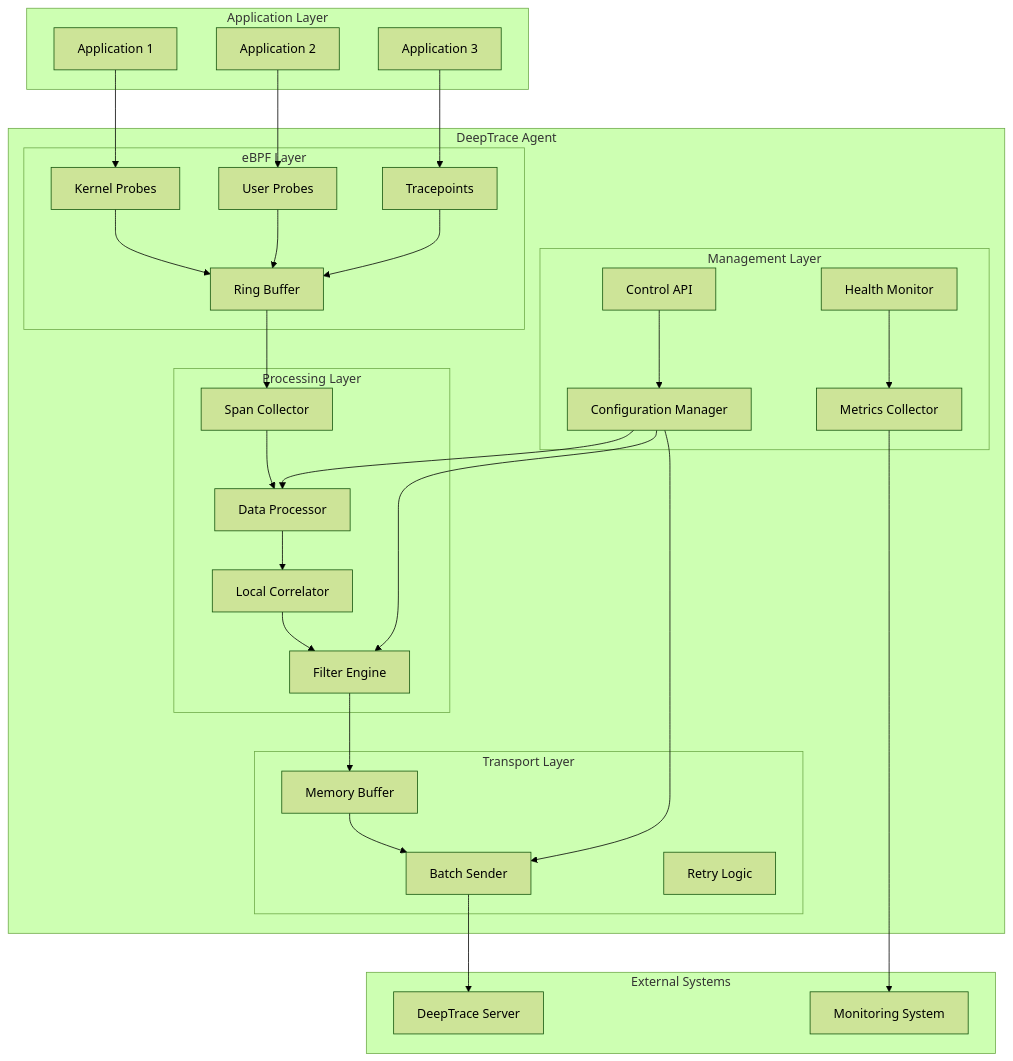
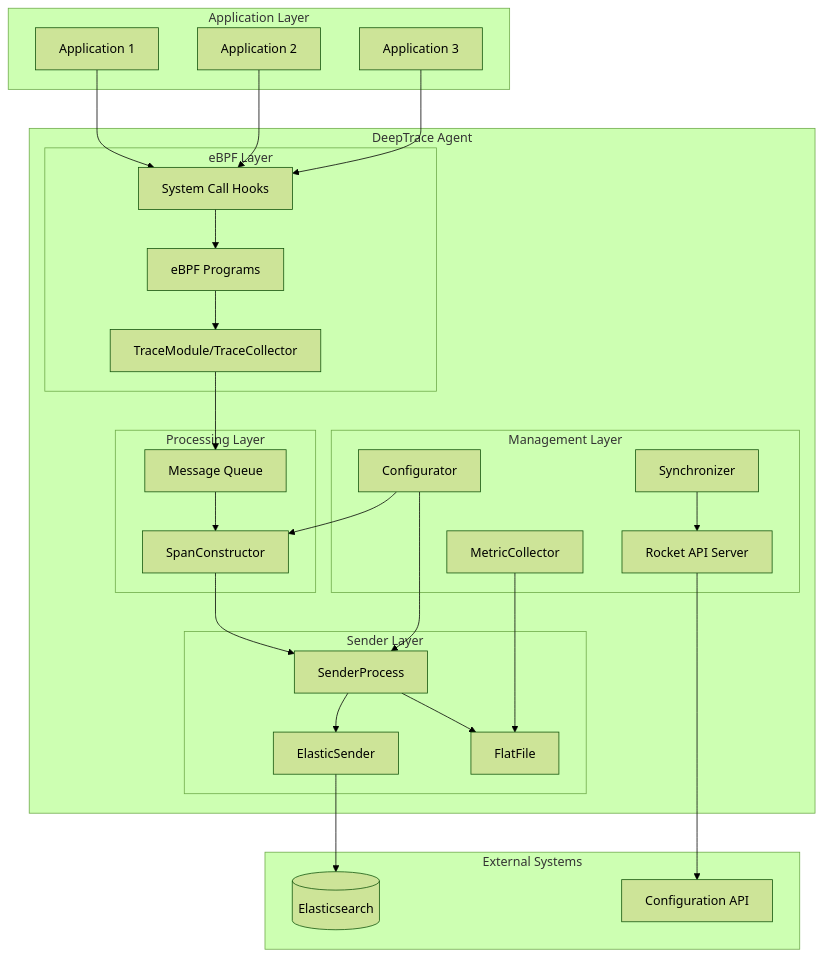
Before and after one commit to DeepShield-AI/DeepTrace: the diagram in docs/src/architecture/agent.md, drawn with Mermaid (forest theme). The commit also changed other lines of this file and 5 other files, not shown here.

````diff
--- a/docs/src/architecture/agent.md
+++ b/docs/src/architecture/agent.md
@@ -11,66 +11,58 @@
 ```mermaid
 graph TB
     subgraph "Application Layer"
         APP1[Application 1]
         APP2[Application 2]
         APP3[Application 3]
     end
     
     subgraph "DeepTrace Agent"
         subgraph "eBPF Layer"
-            KPROBE[Kernel Probes]
-            UPROBE[User Probes]
-            TRACEPOINT[Tracepoints]
-            RINGBUF[Ring Buffer]
+            TRACE_MODULE[TraceModule/TraceCollector]
+            EBPF_PROGS[eBPF Programs]
+            SYSCALLS[System Call Hooks]
         end
         
         subgraph "Processing Layer"
-            COLLECTOR[Span Collector]
-            PROCESSOR[Data Processor]
-            CORRELATOR[Local Correlator]
-            FILTER[Filter Engine]
+            SPAN_CONSTRUCTOR[SpanConstructor]
+            MESSAGE_QUEUE[Message Queue]
         end
         
-        subgraph "Transport Layer"
-            BUFFER[Memory Buffer]
-            SENDER[Batch Sender]
-            RETRY[Retry Logic]
+        subgraph "Sender Layer"
+            SENDER_PROCESS[SenderProcess]
+            ELASTIC_SENDER[ElasticSender]
+            FILE_SENDER[FlatFile]
         end
         
         subgraph "Management Layer"
-            CONFIG[Configuration Manager]
-            HEALTH[Health Monitor]
-            METRICS[Metrics Collector]
-            API[Control API]
+            CONFIGURATOR[Configurator]
+            SYNCHRONIZER[Synchronizer]
+            METRIC_COLLECTOR[MetricCollector]
+            API_SERVER[Rocket API Server]
         end
     end
     
     subgraph "External Systems"
-        SERVER[DeepTrace Server]
-        MONITOR[Monitoring System]
+        ES[(Elasticsearch)]
+        CONFIG_API[Configuration API]
     end
     
-    APP1 --> KPROBE
-    APP2 --> UPROBE
-    APP3 --> TRACEPOINT
+    APP1 --> SYSCALLS
+    APP2 --> SYSCALLS
+    APP3 --> SYSCALLS
     
-    KPROBE --> RINGBUF
-    UPROBE --> RINGBUF
-    TRACEPOINT --> RINGBUF
+    SYSCALLS --> EBPF_PROGS
+    EBPF_PROGS --> TRACE_MODULE
+    TRACE_MODULE --> MESSAGE_QUEUE
+    MESSAGE_QUEUE --> SPAN_CONSTRUCTOR
+    SPAN_CONSTRUCTOR --> SENDER_PROCESS
+    SENDER_PROCESS --> ELASTIC_SENDER
+    SENDER_PROCESS --> FILE_SENDER
+    ELASTIC_SENDER --> ES
     
-    RINGBUF --> COLLECTOR
-    COLLECTOR --> PROCESSOR
-    PROCESSOR --> CORRELATOR
-    CORRELATOR --> FILTER
-    FILTER --> BUFFER
-    BUFFER --> SENDER
-    SENDER --> SERVER
-    
-    CONFIG --> PROCESSOR
-    CONFIG --> FILTER
-    CONFIG --> SENDER
-    
-    HEALTH --> METRICS
-    METRICS --> MONITOR
-    API --> CONFIG
+    CONFIGURATOR --> SPAN_CONSTRUCTOR
+    CONFIGURATOR --> SENDER_PROCESS
+    SYNCHRONIZER --> API_SERVER
+    API_SERVER --> CONFIG_API
+    METRIC_COLLECTOR --> FILE_SENDER
 ```
````
